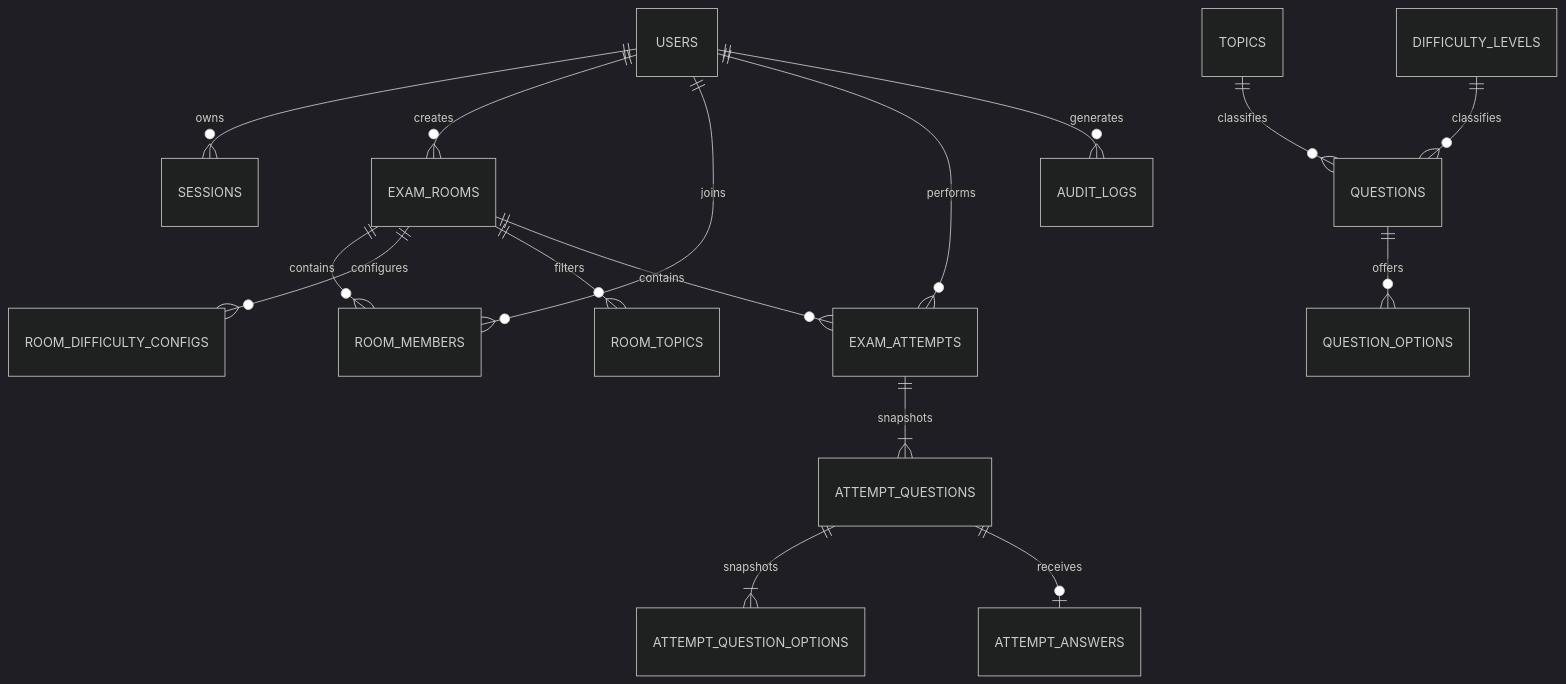
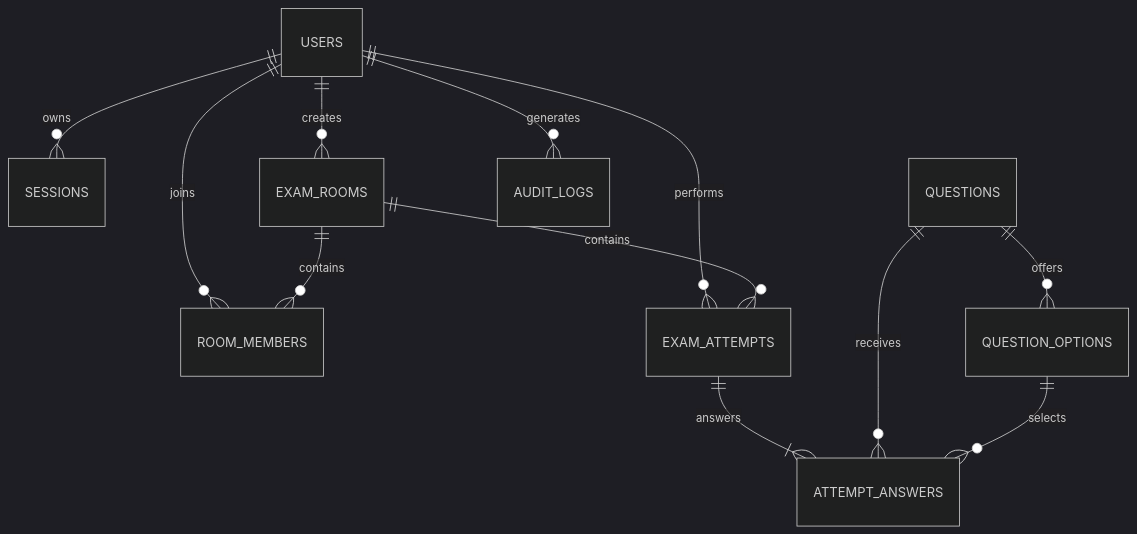
Before and after one commit to lethanhan01/mooc-clone: the diagram in server/online_exam_database_design.md, drawn with Mermaid (dark theme). The commit also changed other lines of this file and 3 other files, not shown here.

````diff
--- a/server/online_exam_database_design.md
+++ b/server/online_exam_database_design.md
@@ -58,18 +59,14 @@
 ```mermaid
 erDiagram
     USERS ||--o{ SESSIONS : owns
     USERS ||--o{ EXAM_ROOMS : creates
     USERS ||--o{ ROOM_MEMBERS : joins
     EXAM_ROOMS ||--o{ ROOM_MEMBERS : contains
-    EXAM_ROOMS ||--o{ ROOM_DIFFICULTY_CONFIGS : configures
-    EXAM_ROOMS ||--o{ ROOM_TOPICS : filters
-    TOPICS ||--o{ QUESTIONS : classifies
-    DIFFICULTY_LEVELS ||--o{ QUESTIONS : classifies
     QUESTIONS ||--o{ QUESTION_OPTIONS : offers
     USERS ||--o{ EXAM_ATTEMPTS : performs
     EXAM_ROOMS ||--o{ EXAM_ATTEMPTS : contains
-    EXAM_ATTEMPTS ||--|{ ATTEMPT_QUESTIONS : snapshots
-    ATTEMPT_QUESTIONS ||--|{ ATTEMPT_QUESTION_OPTIONS : snapshots
-    ATTEMPT_QUESTIONS ||--o| ATTEMPT_ANSWERS : receives
+    EXAM_ATTEMPTS ||--|{ ATTEMPT_ANSWERS : answers
+    QUESTIONS ||--o{ ATTEMPT_ANSWERS : receives
+    QUESTION_OPTIONS ||--o{ ATTEMPT_ANSWERS : selects
     USERS ||--o{ AUDIT_LOGS : generates
 ```
````
